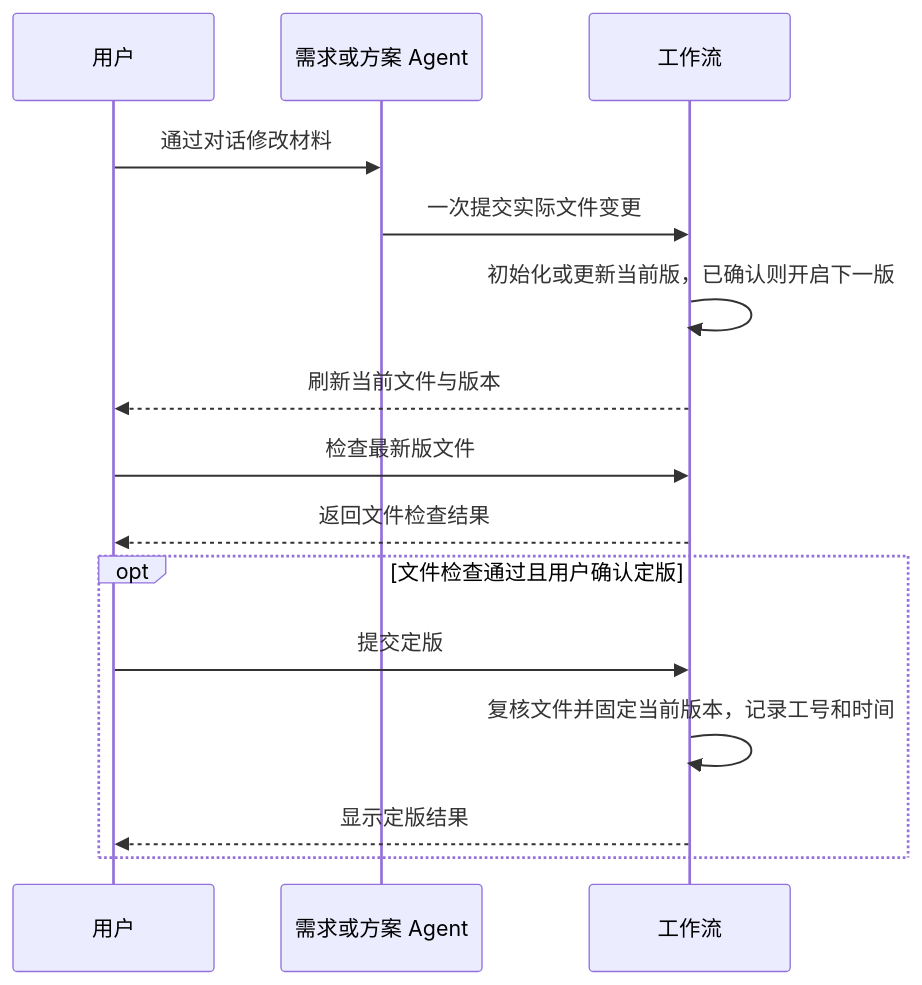
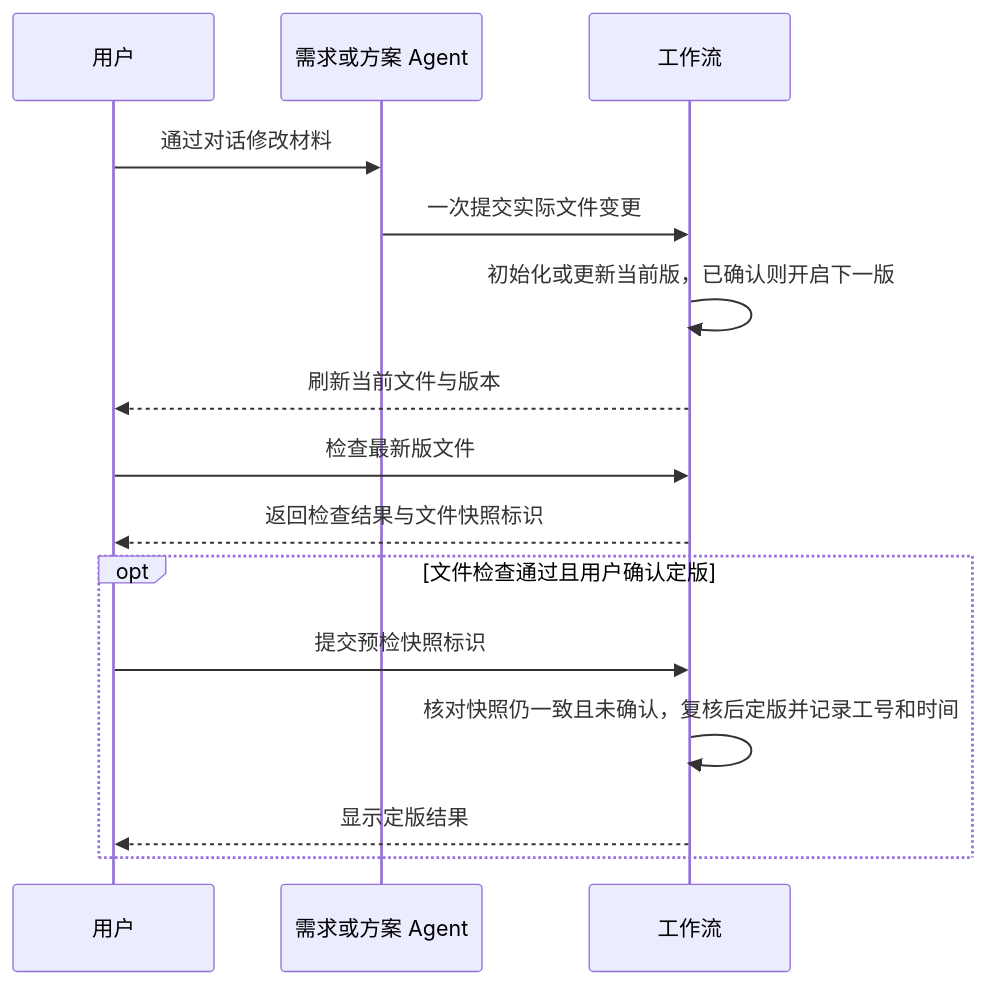
One commit to jchanghong023/ZCode changed the first of 2 diagrams in docs/specs/aireq/proposals.md. Above: the diagram before and after it, drawn with Mermaid. The commit also changed other lines of this file and 49 other files, not shown here.

````diff
--- a/docs/specs/aireq/proposals.md
+++ b/docs/specs/aireq/proposals.md
@@ -17,17 +17,17 @@
 ```mermaid
 sequenceDiagram
   participant U as 用户
   participant A as 需求或方案 Agent
   participant W as 工作流
   U->>A: 通过对话修改材料
   A->>W: 一次提交实际文件变更
   W->>W: 初始化或更新当前版，已确认则开启下一版
   W-->>U: 刷新当前文件与版本
   U->>W: 检查最新版文件
-  W-->>U: 返回文件检查结果
+  W-->>U: 返回检查结果与文件快照标识
   opt 文件检查通过且用户确认定版
-    U->>W: 提交定版
-    W->>W: 复核文件并固定当前版本，记录工号和时间
+    U->>W: 提交预检快照标识
+    W->>W: 核对快照仍一致且未确认，复核后定版并记录工号和时间
     W-->>U: 显示定版结果
   end
 ```
````
